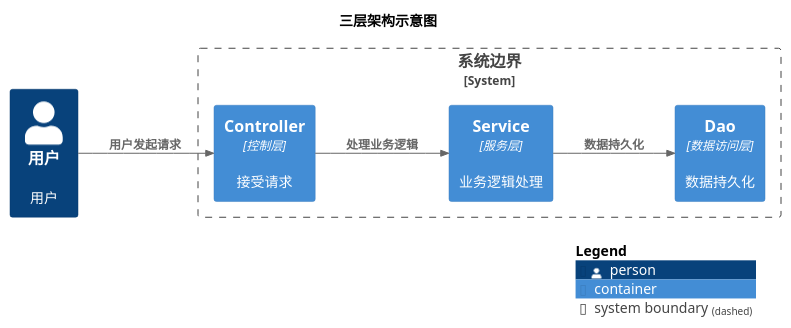
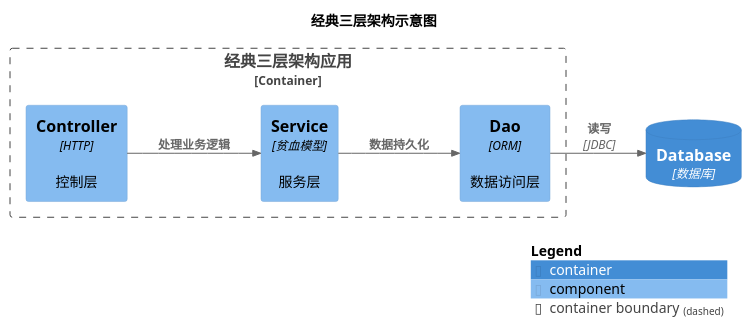
The diagram in plantuml/ct.001.puml (feiniaojin/Thinking-in-DDD), drawn with PlantUML before and after one commit. The commit also changed 17 other files, not shown here.

```diff
--- a/plantuml/ct.001.puml
+++ b/plantuml/ct.001.puml
@@ -1,25 +1,24 @@
 @startuml
 
 !include https://gitee.com/igingo/C4-PlantUML/raw/master/C4_Context.puml
 !include https://gitee.com/igingo/C4-PlantUML/raw/master/C4_Container.puml
 !include https://gitee.com/igingo/C4-PlantUML/raw/master/C4_Component.puml
 
-title 三层架构示意图
+title 经典三层架构示意图
 
-Person(P_User, "用户","用户")
-
-System_Boundary(SB_APP, "系统边界"){
-    Container(C_Controller, "Controller", "控制层","接受请求")
-    Container(C_Service, "Service","服务层", "业务逻辑处理")
-    Container(C_Dao, "Dao","数据访问层", "数据持久化")
+Container_Boundary(CB_APP, "经典三层架构应用"){
+    Component(C_Controller, "Controller","HTTP", "控制层")
+    Component(C_Service, "Service", "贫血模型","服务层")
+    Component(C_Dao, "Dao", "ORM","数据访问层")
 }
 
-Rel(P_User, C_Controller, "用户发起请求")
+ContainerDb(CDB, "Database", "数据库")
+
 Rel(C_Controller, C_Service, "处理业务逻辑")
 Rel(C_Service, C_Dao, "数据持久化")
-
+Rel(C_Dao, CDB, "读写","JDBC")
 left to right direction
 
 SHOW_LEGEND()
 
 @enduml
```
